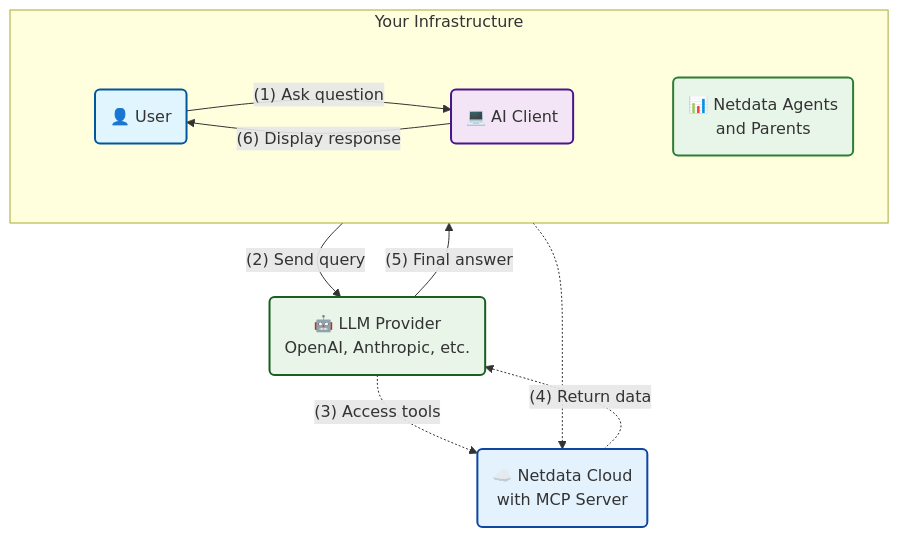
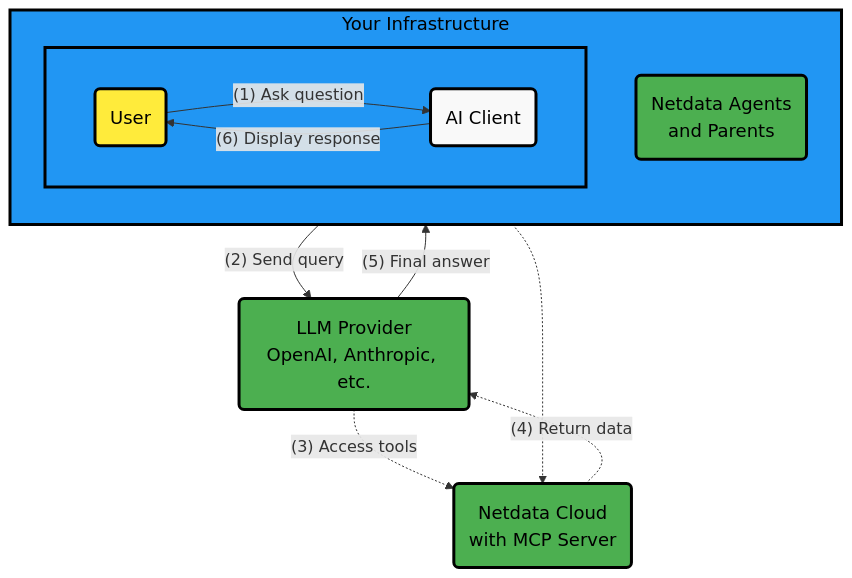
The second of 2 diagrams in docs/ml-ai/ai-chat-netdata/ai-chat-netdata.md (netdata/netdata), drawn with Mermaid before and after one commit. The commit also changed other lines of this file and 21 other files, not shown here.

Commit message:
Fix Mermaid diagrams across multiple files

````diff
--- a/docs/ml-ai/ai-chat-netdata/ai-chat-netdata.md
+++ b/docs/ml-ai/ai-chat-netdata/ai-chat-netdata.md
@@ -65,40 +66,39 @@
 ```mermaid
 flowchart TB
-    LLM("🤖 LLM Provider<br/>OpenAI, Anthropic, etc.")
-    CloudMCP("☁️ Netdata Cloud<br/>with MCP Server")
+    LLM("LLM Provider<br/>OpenAI, Anthropic, etc.")
+    CloudMCP("Netdata Cloud<br/>with MCP Server")
     
     subgraph infra["Your Infrastructure"]
         direction TB
         subgraph userLayer[" "]
             direction LR
-            User("👤 User")
-            Client("💻 AI Client")
+            User("User")
+            Client("AI Client")
             
             User -->|"(1) Ask question"| Client
             Client -->|"(6) Display response"| User
         end
         
-        Agents("📊 Netdata Agents<br/>and Parents")
+        Agents("Netdata Agents<br/>and Parents")
     end
     
     Client -->|"(2) Send query"| LLM
     LLM -.->|"(3) Access tools"| CloudMCP
     CloudMCP -.->|"(4) Return data"| LLM
     LLM -->|"(5) Final answer"| Client
     
     Agents -.-> CloudMCP
     
-    classDef user fill:#e1f5fe,stroke:#01579b,stroke-width:2px
-    classDef client fill:#f3e5f5,stroke:#4a148c,stroke-width:2px
-    classDef llm fill:#e8f5e8,stroke:#1b5e20,stroke-width:2px
-    classDef cloud fill:#e3f2fd,stroke:#0d47a1,stroke-width:2px
-    classDef agent fill:#e8f5e9,stroke:#2e7d32,stroke-width:2px
-    classDef invisible fill:transparent,stroke:transparent
-    
-    class User user
-    class Client client
-    class LLM llm
-    class CloudMCP cloud
-    class Agents agent
-    class userLayer invisible
+    %% Style definitions
+    classDef alert fill:#ffeb3b,stroke:#000000,stroke-width:3px,color:#000000,font-size:18px
+    classDef neutral fill:#f9f9f9,stroke:#000000,stroke-width:3px,color:#000000,font-size:18px
+    classDef complete fill:#4caf50,stroke:#000000,stroke-width:3px,color:#000000,font-size:18px
+    classDef database fill:#2196F3,stroke:#000000,stroke-width:3px,color:#000000,font-size:18px
+
+    %% Apply styles
+    class User alert
+    class Client neutral
+    class LLM complete
+    class CloudMCP,Agents complete
+    class infra,userLayer database
 ```
````
